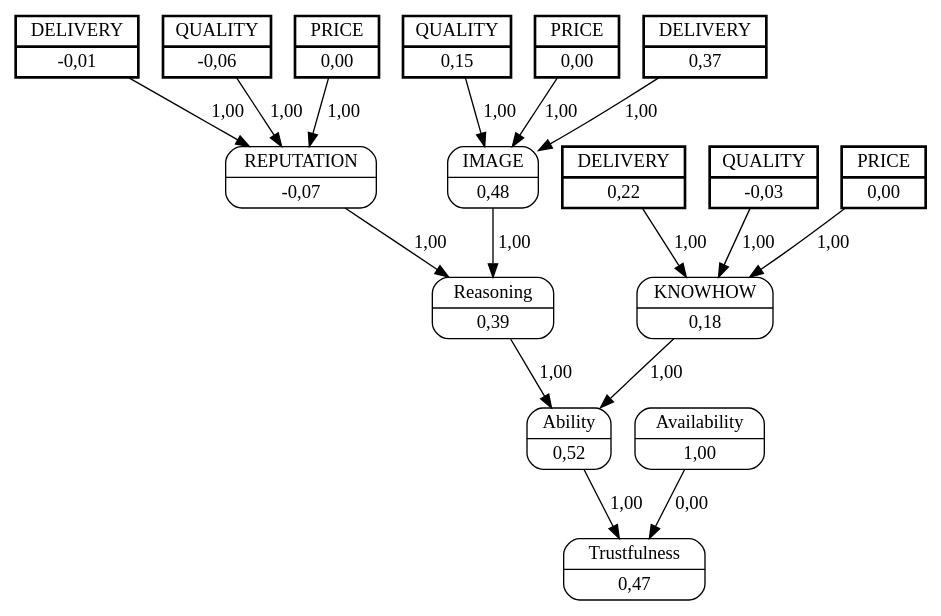
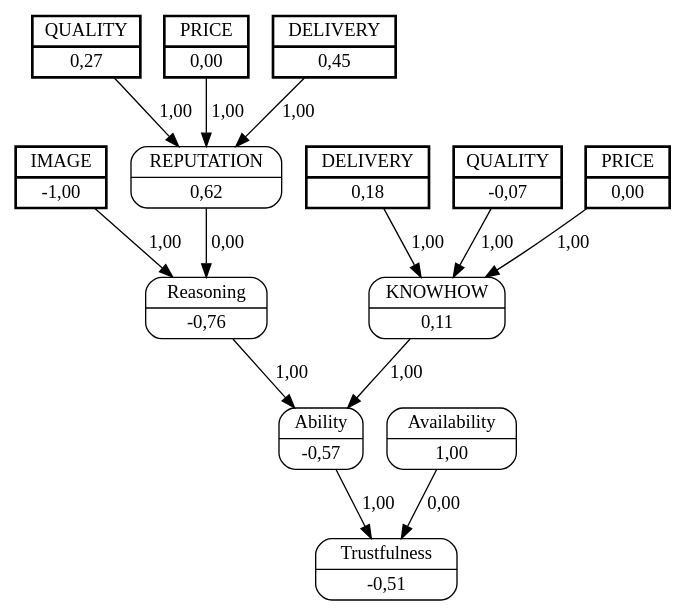
Before and after one commit to jjbaqueta/unload_experiment: the diagram in unload_boxes/dots/buyerB2sellerB7.dot, drawn with Graphviz. The commit also changed 156 other files, not shown here.

```diff
--- a/unload_boxes/dots/buyerB2sellerB7.dot
+++ b/unload_boxes/dots/buyerB2sellerB7.dot
@@ -1,39 +1,31 @@
 digraph FCM_net{
 	node [shape=record, style=rounded]
-	7 [label="{QUALITY | 0,15}", style=bold, penwidth=2, peripheries=2];
+	0 [label="{IMAGE | -1,00}", style=bold, penwidth=2, peripheries=2];
+	7 [label="{QUALITY | 0,27}", style=bold, penwidth=2, peripheries=2];
 	8 [label="{PRICE | 0,00}", style=bold, penwidth=2, peripheries=2];
-	9 [label="{DELIVERY | 0,37}", style=bold, penwidth=2, peripheries=2];
-	10 [label="{QUALITY | -0,06}", style=bold, penwidth=2, peripheries=2];
+	9 [label="{DELIVERY | 0,45}", style=bold, penwidth=2, peripheries=2];
+	10 [label="{QUALITY | -0,07}", style=bold, penwidth=2, peripheries=2];
 	11 [label="{PRICE | 0,00}", style=bold, penwidth=2, peripheries=2];
-	12 [label="{DELIVERY | -0,01}", style=bold, penwidth=2, peripheries=2];
-	13 [label="{QUALITY | -0,03}", style=bold, penwidth=2, peripheries=2];
-	14 [label="{PRICE | 0,00}", style=bold, penwidth=2, peripheries=2];
-	15 [label="{DELIVERY | 0,22}", style=bold, penwidth=2, peripheries=2];
-	0 [label="{IMAGE | 0,48}"];
-	1 [label="{REPUTATION | -0,07}"];
-	2 [label="{KNOWHOW | 0,18}"];
-	3 [label="{Reasoning | 0,39}"];
-	4 [label="{Ability | 0,52}"];
+	12 [label="{DELIVERY | 0,18}", style=bold, penwidth=2, peripheries=2];
+	0 [label="{IMAGE | -1,00}"];
+	1 [label="{REPUTATION | 0,62}"];
+	2 [label="{KNOWHOW | 0,11}"];
+	3 [label="{Reasoning | -0,76}"];
+	4 [label="{Ability | -0,57}"];
 	5 [label="{Availability | 1,00}"];
-	6 [label="{Trustfulness | 0,47}"];
-	7 [label="{QUALITY | 0,15}"];
+	6 [label="{Trustfulness | -0,51}"];
 	8 [label="{PRICE | 0,00}"];
-	9 [label="{DELIVERY | 0,37}"];
-	11 [label="{PRICE | 0,00}"];
-	13 [label="{QUALITY | -0,03}"];
+	10 [label="{QUALITY | -0,07}"];
 	0 -> 3 [label = "1,00"];
-	1 -> 3 [label = "1,00"];
+	1 -> 3 [label = "0,00"];
 	3 -> 4 [label = "1,00"];
 	2 -> 4 [label = "1,00"];
 	4 -> 6 [label = "1,00"];
 	5 -> 6 [label = "0,00"];
-	7 -> 0 [label = "1,00"];
-	8 -> 0 [label = "1,00"];
-	9 -> 0 [label = "1,00"];
-	10 -> 1 [label = "1,00"];
-	11 -> 1 [label = "1,00"];
-	12 -> 1 [label = "1,00"];
-	13 -> 2 [label = "1,00"];
-	14 -> 2 [label = "1,00"];
-	15 -> 2 [label = "1,00"];
+	7 -> 1 [label = "1,00"];
+	8 -> 1 [label = "1,00"];
+	9 -> 1 [label = "1,00"];
+	10 -> 2 [label = "1,00"];
+	11 -> 2 [label = "1,00"];
+	12 -> 2 [label = "1,00"];
 }
```
